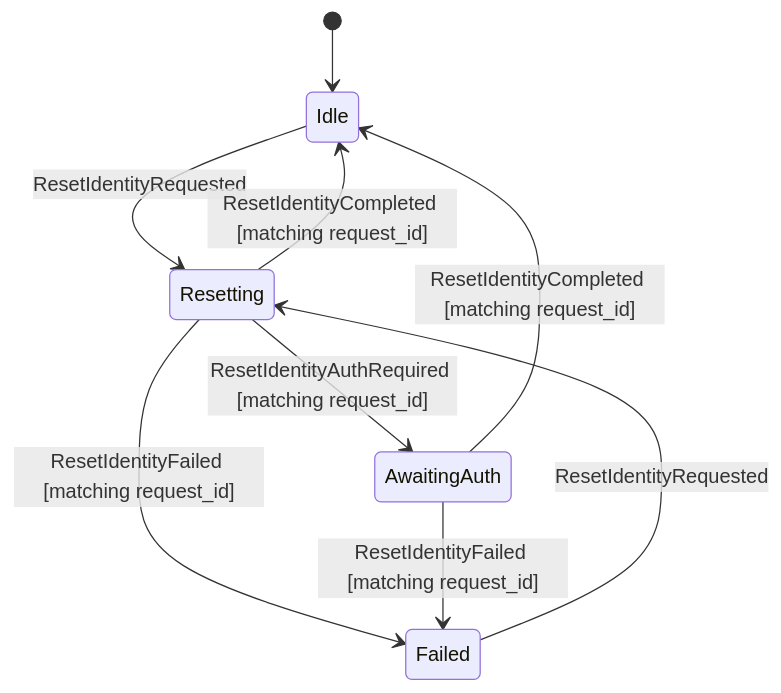
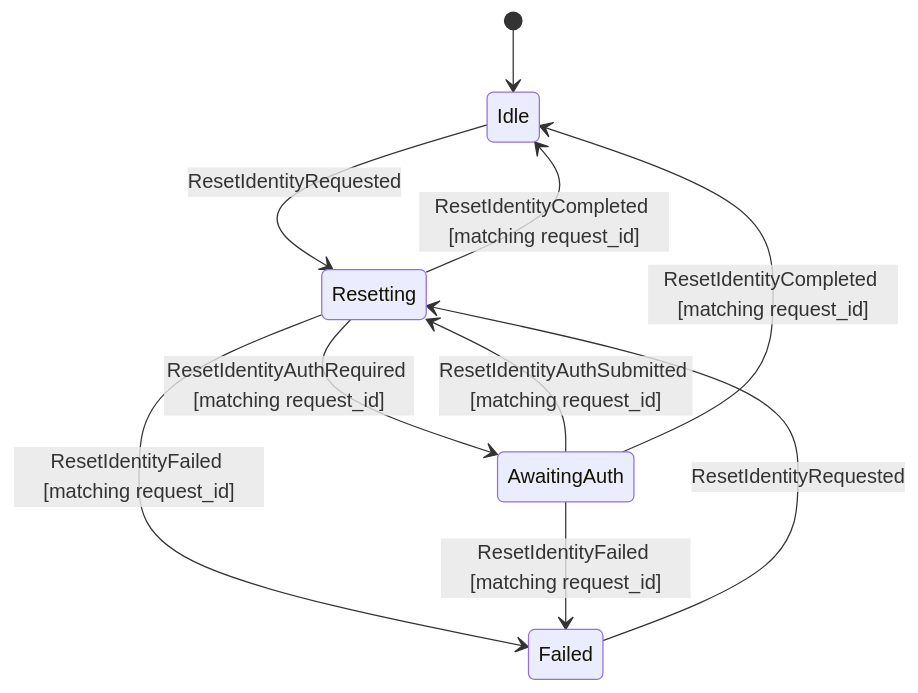
One commit to shinaoka/koushi-matrix changed the tenth of 12 diagrams in docs/architecture/state-machine.md. Above: the diagram before and after it, drawn with Mermaid. The commit also changed other lines of this file and 12 other files, not shown here.

Commit message:
Wire identity reset auth continuation

````diff
--- a/docs/architecture/state-machine.md
+++ b/docs/architecture/state-machine.md
@@ -340,11 +340,12 @@
 ```mermaid
 stateDiagram-v2
     [*] --> Idle
     Idle --> Resetting: ResetIdentityRequested
     Failed --> Resetting: ResetIdentityRequested
     Resetting --> AwaitingAuth: ResetIdentityAuthRequired [matching request_id]
+    AwaitingAuth --> Resetting: ResetIdentityAuthSubmitted [matching request_id]
     Resetting --> Idle: ResetIdentityCompleted [matching request_id]
     AwaitingAuth --> Idle: ResetIdentityCompleted [matching request_id]
     Resetting --> Failed: ResetIdentityFailed [matching request_id]
     AwaitingAuth --> Failed: ResetIdentityFailed [matching request_id]
 ```
````
